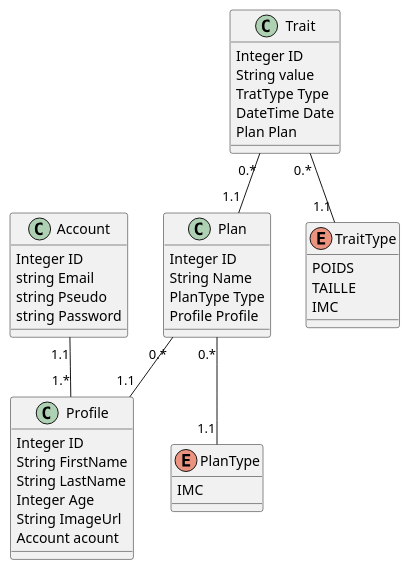
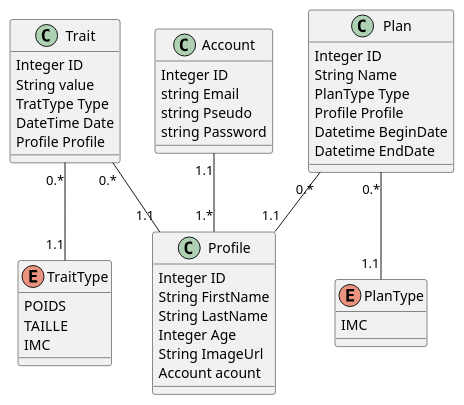
Before and after one commit to darkshark29/heal-fit: the diagram in UML/plant-UML/classes.puml, drawn with PlantUML.

Commit message:
Update UML

```diff
--- a/UML/plant-UML/classes.puml
+++ b/UML/plant-UML/classes.puml
@@ -1,58 +1,61 @@
 @startuml
 
 class Account
 {
 	Integer ID
 	string Email
 	string Pseudo
 	string Password
 }
 
 class Profile
 {
 	Integer ID
 	String FirstName
 	String LastName
 	Integer Age
 	String ImageUrl
 	Account acount
 }
 
 Account "1.1" -- "1.*" Profile
 
-enum PlanType
-{
-	IMC
-}
-
-class Plan
-{
-	Integer ID
-	String Name
-	PlanType Type
-	Profile Profile
-}
-
-Plan "0.*" -- "1.1" PlanType
-Plan "0.*" -- "1.1" Profile
-
 enum TraitType
 {
 	POIDS
 	TAILLE
 	IMC
 }
 
 class Trait
 { 
 	Integer ID
 	String value
 	TratType Type
 	DateTime Date
-	Plan Plan
+	Profile Profile
 }
 
 Trait "0.*" -- "1.1" TraitType
-Trait "0.*" -- "1.1" Plan
+
+Trait "0.*" -- "1.1" Profile
+
+enum PlanType
+{
+	IMC
+}
+
+class Plan
+{
+	Integer ID
+	String Name
+	PlanType Type
+	Profile Profile
+	Datetime BeginDate
+	Datetime EndDate
+}
+
+Plan "0.*" -- "1.1" PlanType
+Plan "0.*" -- "1.1" Profile
 
 @enduml
```
